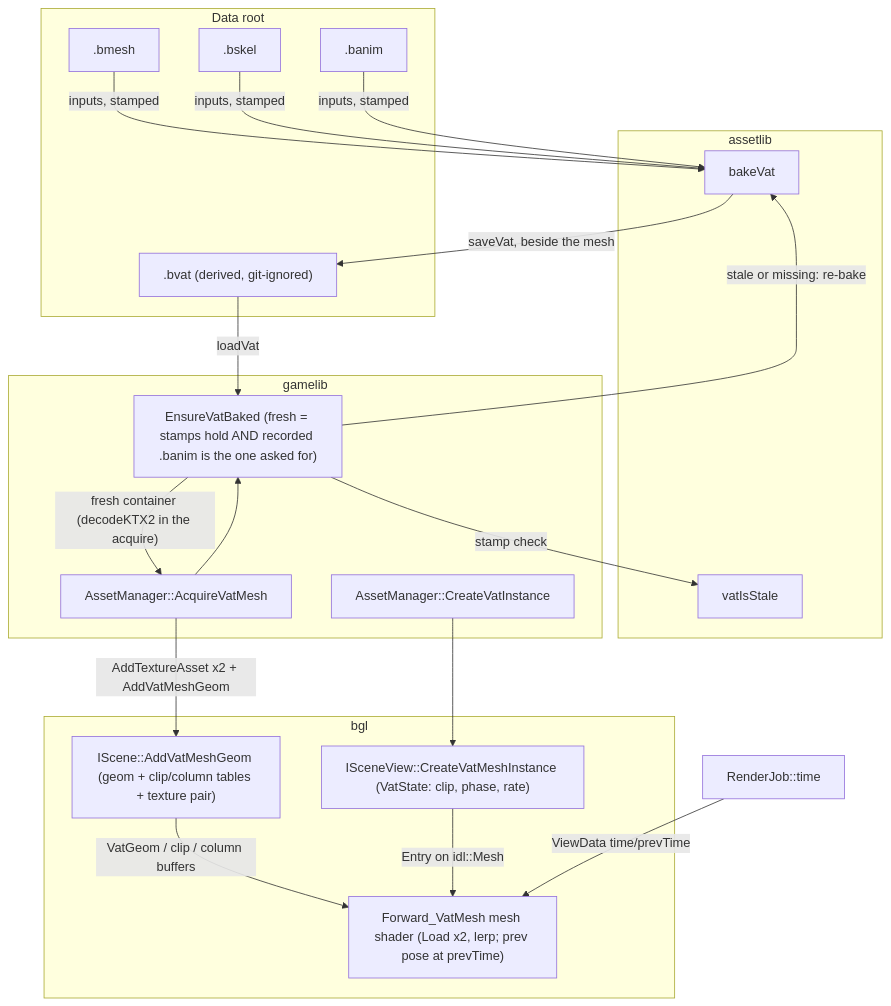
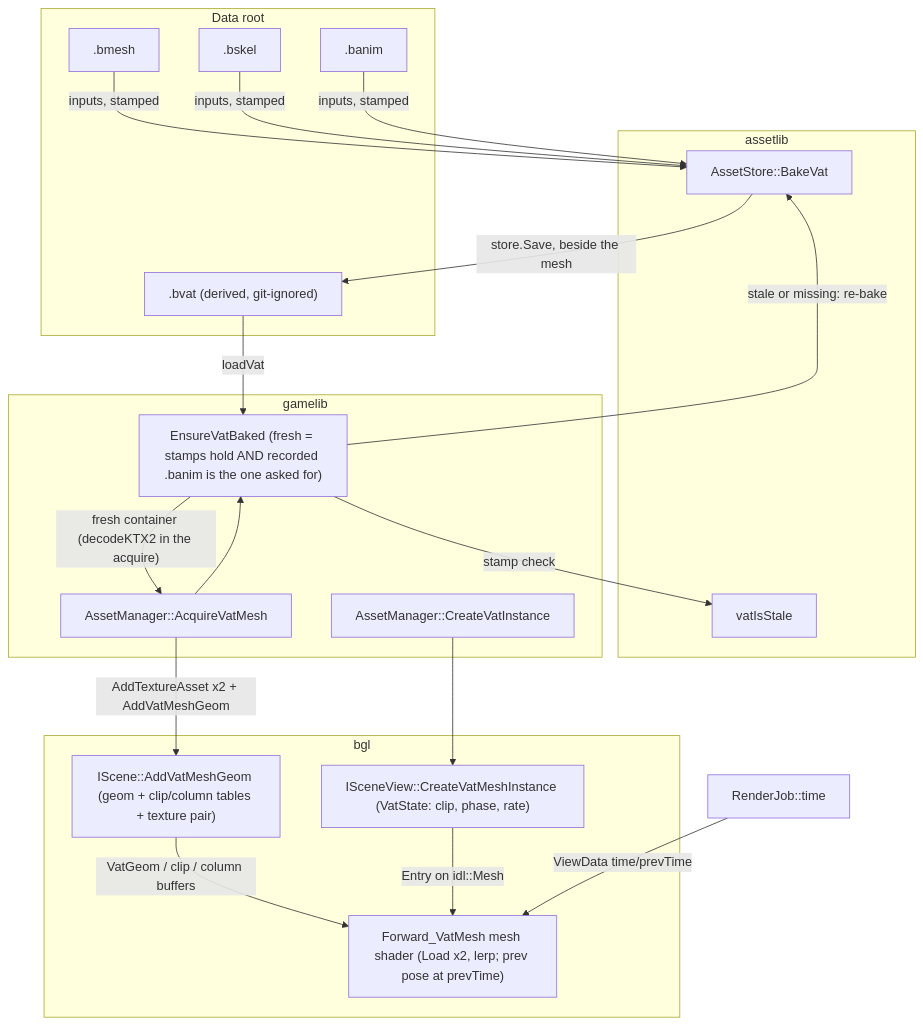
Before and after one commit to alexjiang200407/bernini: the diagram in docs/vat.md, drawn with Mermaid. The commit also changed other lines of this file and 158 other files, not shown here.

First line of the commit message:
refactor(assetlib): AssetStore owns both directions, one codec per container (#479)

````diff
--- a/docs/vat.md
+++ b/docs/vat.md
@@ -158,39 +160,39 @@
 ```mermaid
 flowchart TD
     subgraph disk [Data root]
         BMESH[.bmesh]
         BSKEL[.bskel]
         BANIM[.banim]
         BVAT[".bvat (derived, git-ignored)"]
     end
 
     subgraph assetlib
-        BAKE[bakeVat]
+        BAKE[AssetStore::BakeVat]
         STALE[vatIsStale]
     end
 
     subgraph gamelib
         ACQ[AssetManager::AcquireVatMesh]
         ENSURE["EnsureVatBaked (fresh = stamps hold AND recorded .banim is the one asked for)"]
         INST[AssetManager::CreateVatInstance]
     end
 
     subgraph bgl
         SCENE["IScene::AddVatMeshGeom (geom + clip/column tables + texture pair)"]
         VIEW["ISceneView::CreateVatMeshInstance (VatState: clip, phase, rate)"]
         MS["Forward_VatMesh mesh shader (Load x2, lerp; prev pose at prevTime)"]
     end
 
     BMESH & BSKEL & BANIM -- "inputs, stamped" --> BAKE
-    BAKE -- "saveVat, beside the mesh" --> BVAT
+    BAKE -- "store.Save, beside the mesh" --> BVAT
     ACQ --> ENSURE
     ENSURE -- "stamp check" --> STALE
     ENSURE -- "stale or missing: re-bake" --> BAKE
     BVAT -- "loadVat" --> ENSURE
     ENSURE -- "fresh container (decodeKTX2 in the acquire)" --> ACQ
     ACQ -- "AddTextureAsset x2 + AddVatMeshGeom" --> SCENE
     INST --> VIEW
     SCENE -- "VatGeom / clip / column buffers" --> MS
     VIEW -- "Entry<VatState> on idl::Mesh" --> MS
     CLOCK["RenderJob::time"] -- "ViewData time/prevTime" --> MS
 ```
````
